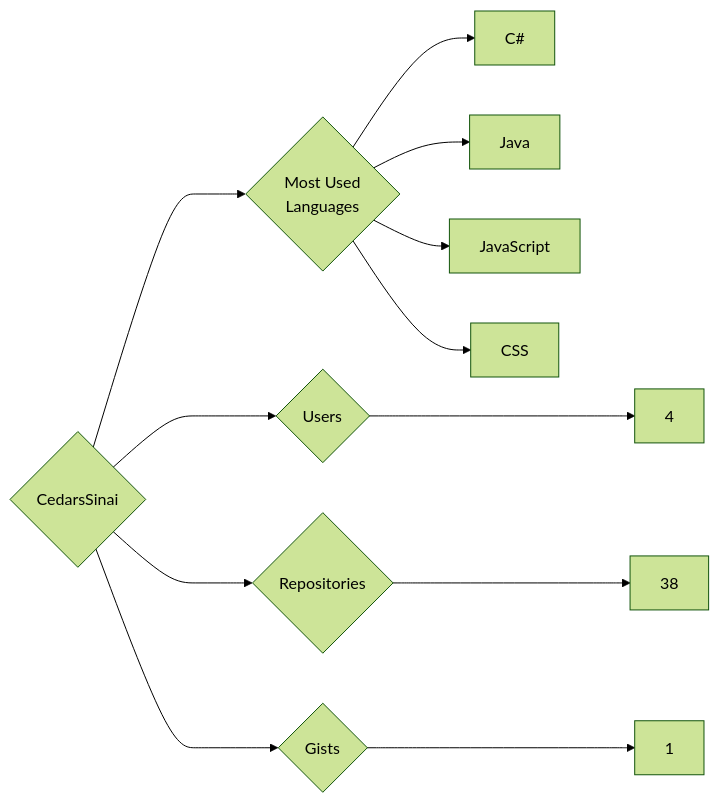
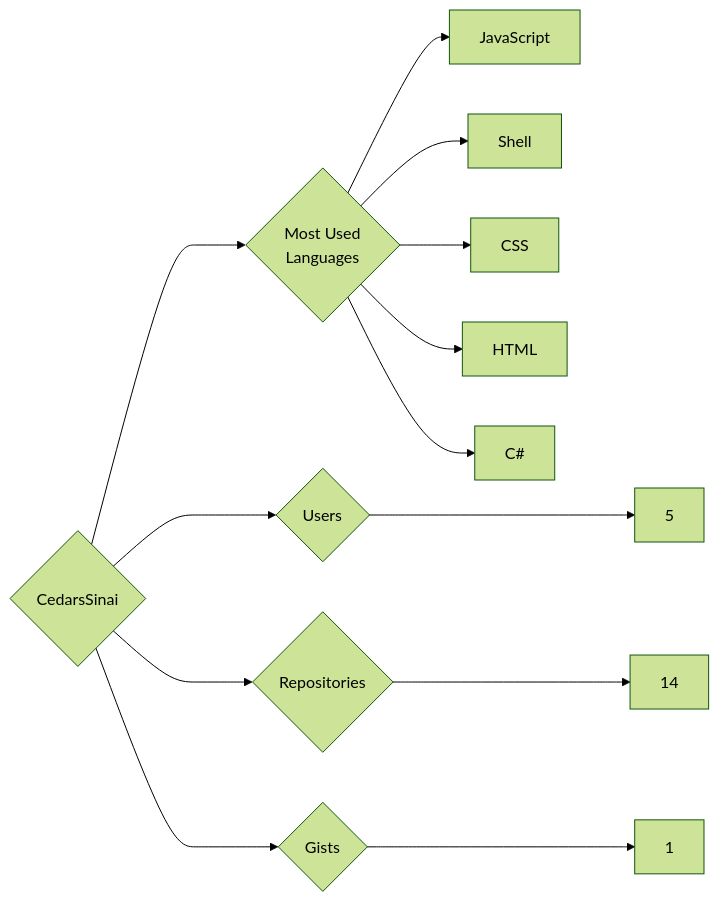
One commit to trickest/insiders changed the diagram in targets/CedarsSinai/README.md. Above: the diagram before and after it, drawn with Mermaid (forest theme). The commit also changed 1078 other files, not shown here.

````diff
--- a/targets/CedarsSinai/README.md
+++ b/targets/CedarsSinai/README.md
@@ -3,12 +3,13 @@
 ```mermaid
 graph LR
 COMPANY_NAME{CedarsSinai}
-COMPANY_NAME ---> U{Users} ---> UN[4]
-COMPANY_NAME ---> R{Repositories} ---> RN[38]
+COMPANY_NAME ---> U{Users} ---> UN[5]
+COMPANY_NAME ---> R{Repositories} ---> RN[14]
 COMPANY_NAME ---> G{Gists} ---> GN[1]
 COMPANY_NAME ---> ML{Most Used<br>Languages}
+ML --> JavaScript[JavaScript]
+ML --> Shell[Shell]
+ML --> CSS[CSS]
+ML --> HTML[HTML]
 ML --> C#[C#]
-ML --> Java[Java]
-ML --> JavaScript[JavaScript]
-ML --> CSS[CSS]
 ```
````
